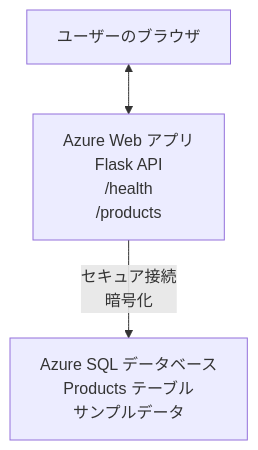
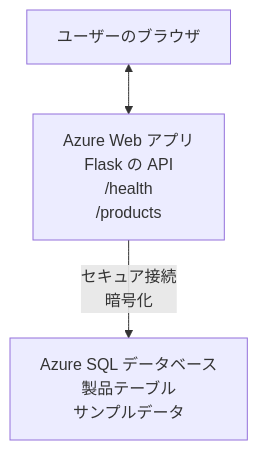
Before and after one commit to microsoft/AZD-for-beginners: the diagram in translations/ja/examples/database-app/README.md, drawn with Mermaid. The commit also changed other lines of this file and 101 other files, not shown here.

````diff
--- a/translations/ja/examples/database-app/README.md
+++ b/translations/ja/examples/database-app/README.md
@@ -72,5 +71,5 @@
 ```mermaid
 graph TD
-    Browser[ユーザーのブラウザ] <--> WebApp[Azure Web アプリ<br/>Flask API<br/>/health<br/>/products]
-    WebApp -- セキュア接続<br/>暗号化 --> SQL[Azure SQL データベース<br/>Products テーブル<br/>サンプルデータ]
+    Browser[ユーザーのブラウザ] <--> WebApp[Azure Web アプリ<br/>Flask の API<br/>/health<br/>/products]
+    WebApp -- セキュア接続<br/>暗号化 --> SQL[Azure SQL データベース<br/>製品テーブル<br/>サンプルデータ]
 ```
````
